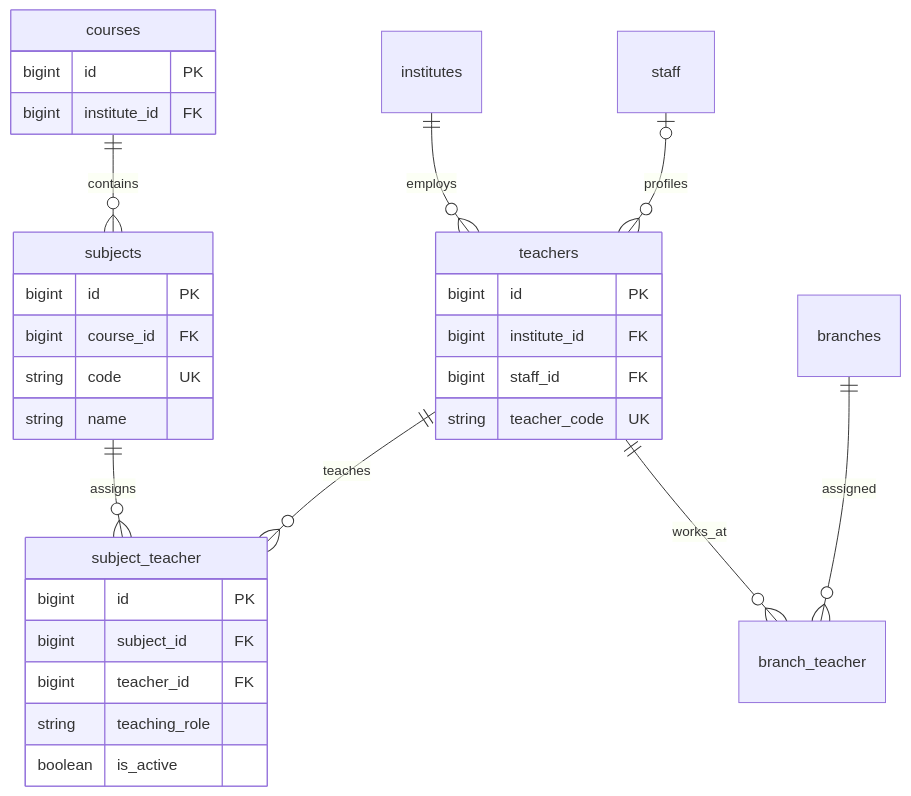
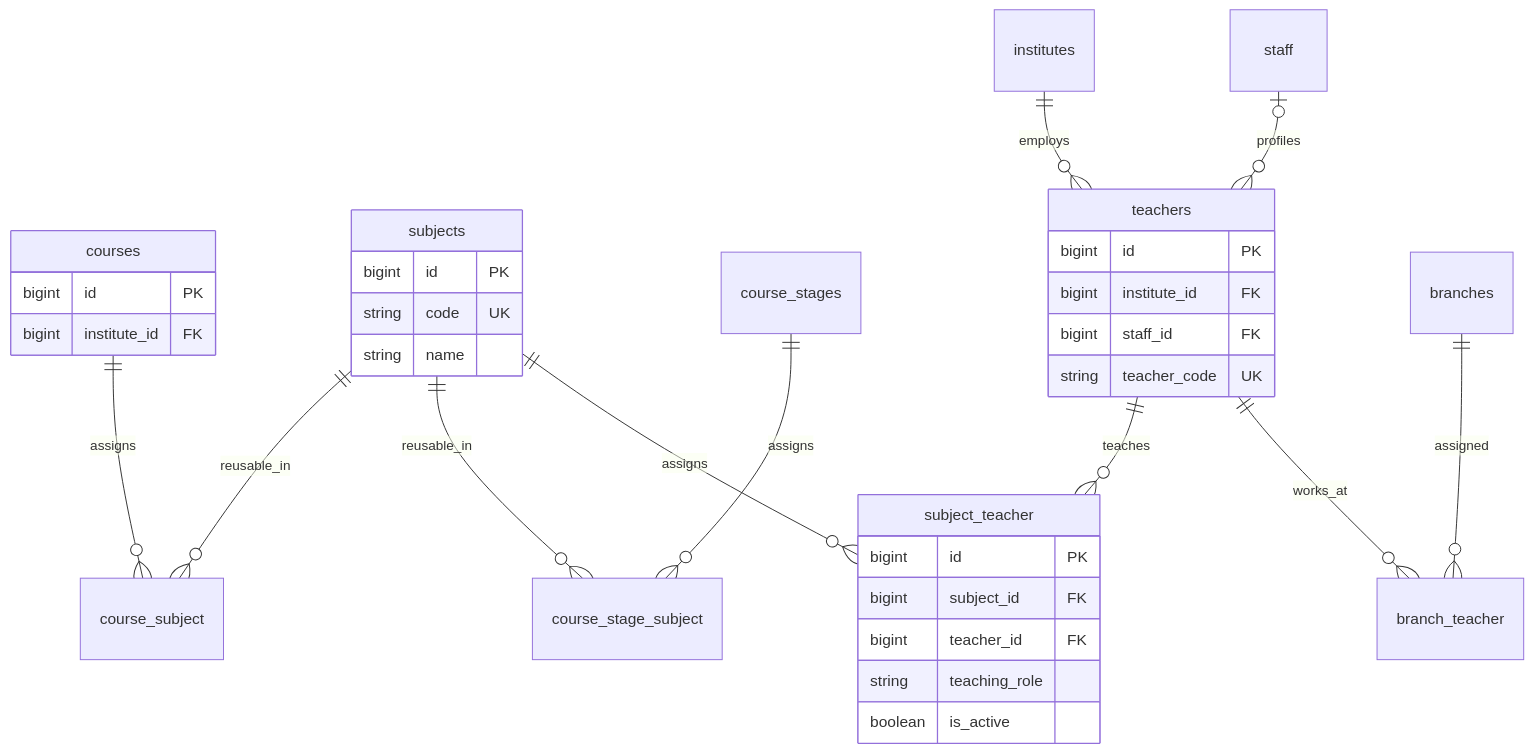
One commit to ariful-TheJedi/cmud-system changed the diagram in cmud-system/docs/architecture/database.md. Above: the diagram before and after it, drawn with Mermaid. The commit also changed other lines of this file and 36 other files, not shown here.

````diff
--- a/cmud-system/docs/architecture/database.md
+++ b/cmud-system/docs/architecture/database.md
@@ -411,34 +411,36 @@
 ```mermaid
 erDiagram
-    courses ||--o{ subjects : contains
+    courses ||--o{ course_subject : assigns
+    subjects ||--o{ course_subject : reusable_in
+    course_stages ||--o{ course_stage_subject : assigns
+    subjects ||--o{ course_stage_subject : reusable_in
     subjects ||--o{ subject_teacher : assigns
     teachers ||--o{ subject_teacher : teaches
     institutes ||--o{ teachers : employs
     staff o|--o{ teachers : profiles
     branches ||--o{ branch_teacher : assigned
     teachers ||--o{ branch_teacher : works_at
 
     courses {
         bigint id PK
         bigint institute_id FK
     }
     subjects {
         bigint id PK
-        bigint course_id FK
         string code UK
         string name
     }
     teachers {
         bigint id PK
         bigint institute_id FK
         bigint staff_id FK
         string teacher_code UK
     }
     subject_teacher {
         bigint id PK
         bigint subject_id FK
         bigint teacher_id FK
         string teaching_role
         boolean is_active
     }
 ```
````
